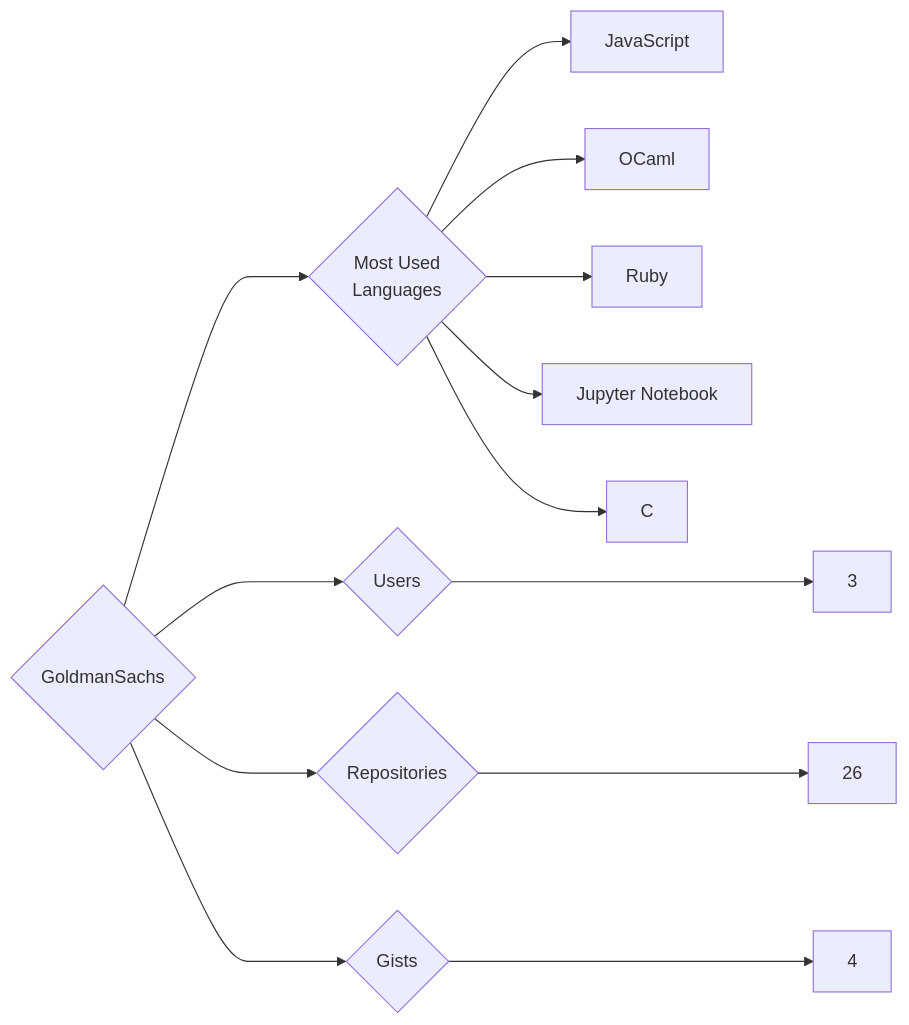
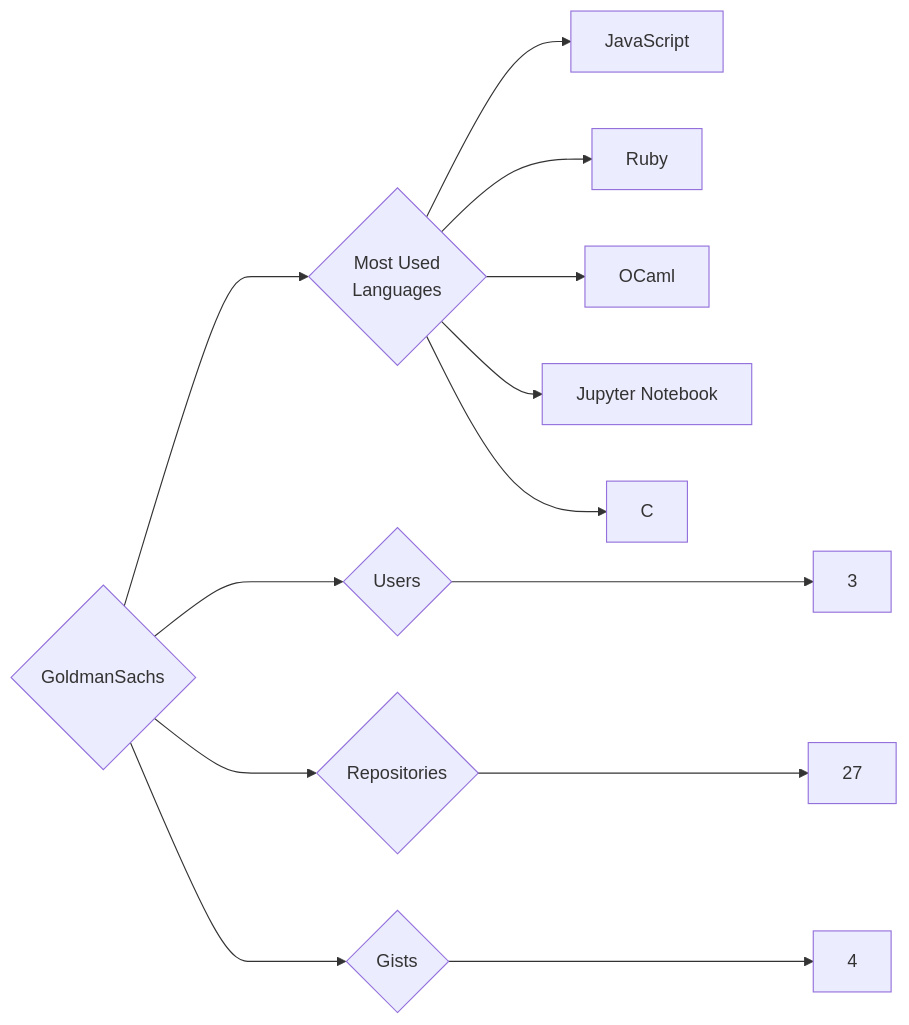
Before and after one commit to trickest/insiders: the diagram in targets/GoldmanSachs/README.md, drawn with Mermaid. The commit also changed 935 other files, not shown here.

````diff
--- a/targets/GoldmanSachs/README.md
+++ b/targets/GoldmanSachs/README.md
@@ -3,13 +3,13 @@
 ```mermaid
 graph LR
 COMPANY_NAME{GoldmanSachs}
 COMPANY_NAME ---> U{Users} ---> UN[3]
-COMPANY_NAME ---> R{Repositories} ---> RN[26]
+COMPANY_NAME ---> R{Repositories} ---> RN[27]
 COMPANY_NAME ---> G{Gists} ---> GN[4]
 COMPANY_NAME ---> ML{Most Used<br>Languages}
 ML --> JavaScript[JavaScript]
+ML --> Ruby[Ruby]
 ML --> OCaml[OCaml]
-ML --> Ruby[Ruby]
 ML --> Jupyter_Notebook[Jupyter Notebook]
 ML --> C[C]
 ```
````
